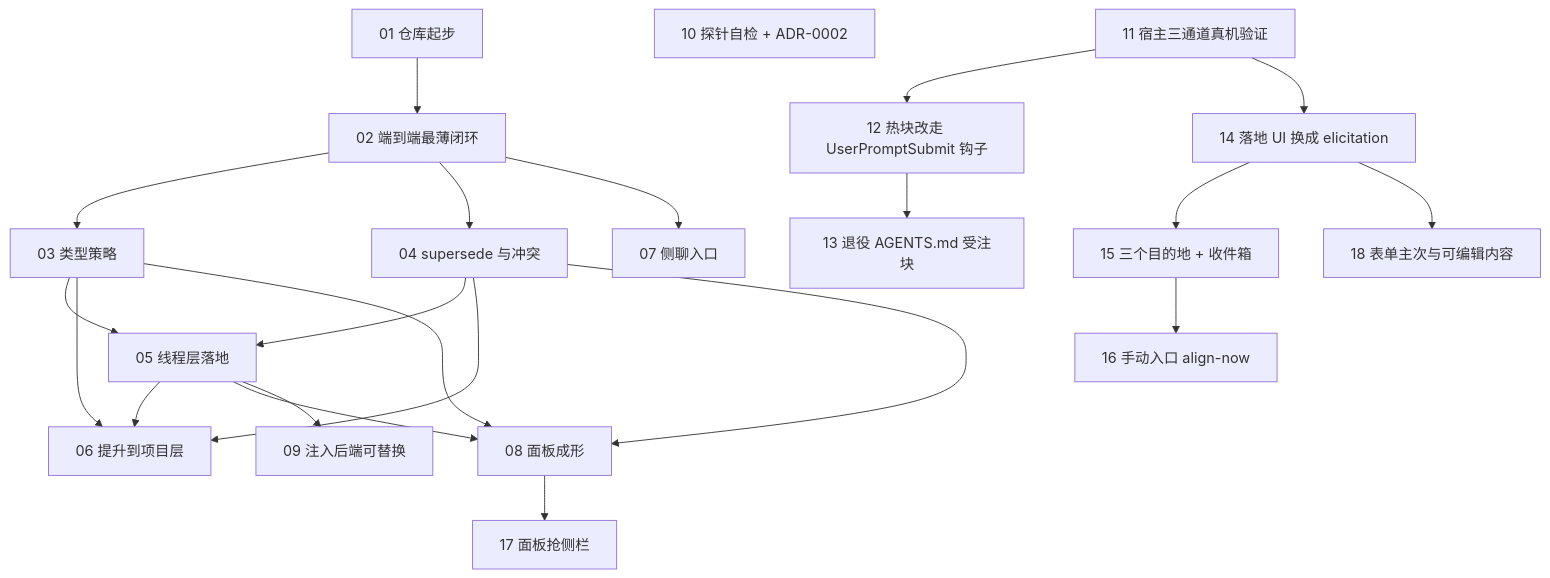
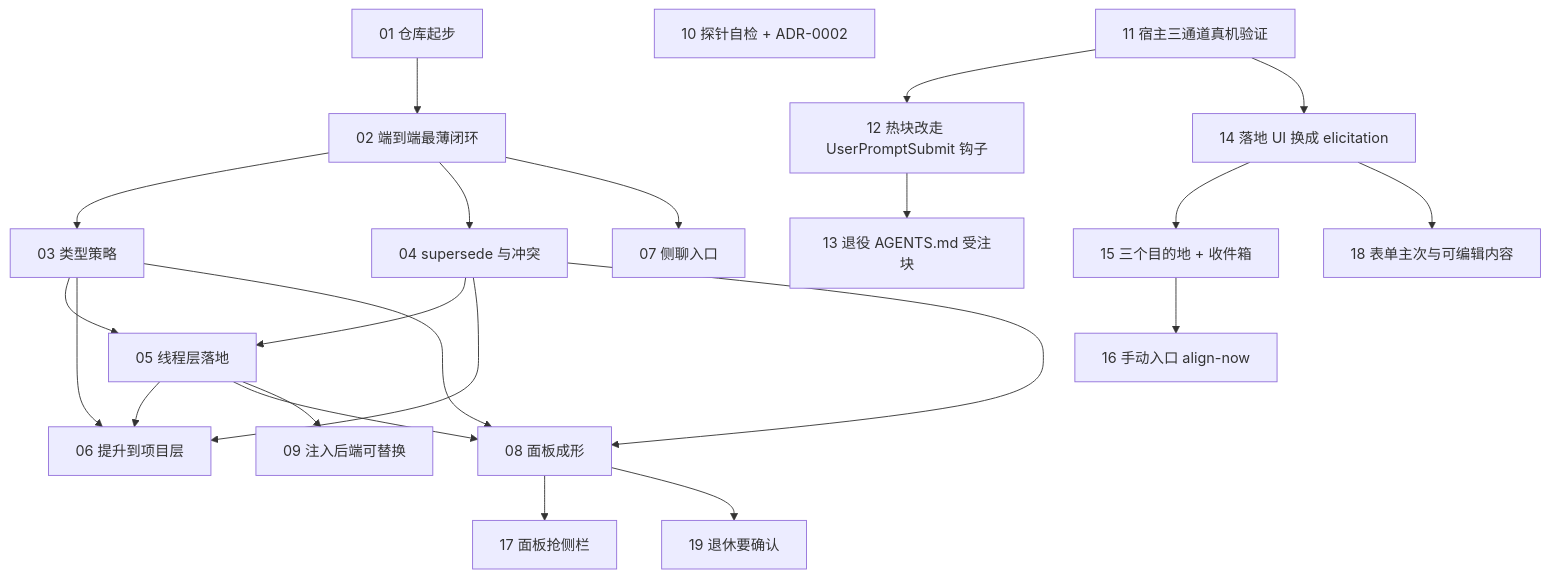
The diagram in .scratch/align/graph.md (PageIV/align), drawn with Mermaid before and after one commit. The commit also changed other lines of this file and 11 other files, not shown here.

````diff
--- a/.scratch/align/graph.md
+++ b/.scratch/align/graph.md
@@ -7,42 +7,44 @@
 ```mermaid
 flowchart TD
   t01["01 仓库起步"]
   t02["02 端到端最薄闭环"]
   t03["03 类型策略"]
   t04["04 supersede 与冲突"]
   t05["05 线程层落地"]
   t06["06 提升到项目层"]
   t07["07 侧聊入口"]
   t08["08 面板成形"]
   t09["09 注入后端可替换"]
   t10["10 探针自检 + ADR-0002"]
   t11["11 宿主三通道真机验证"]
   t12["12 热块改走 UserPromptSubmit 钩子"]
   t13["13 退役 AGENTS.md 受注块"]
   t14["14 落地 UI 换成 elicitation"]
   t15["15 三个目的地 + 收件箱"]
   t16["16 手动入口 align-now"]
   t17["17 面板抢侧栏"]
   t18["18 表单主次与可编辑内容"]
+  t19["19 退休要确认"]
 
   t01 --> t02
   t02 --> t03
   t02 --> t04
   t02 --> t07
   t03 --> t05
   t04 --> t05
   t03 --> t06
   t04 --> t06
   t05 --> t06
   t03 --> t08
   t04 --> t08
   t05 --> t08
   t05 --> t09
   t11 --> t12
   t12 --> t13
   t11 --> t14
   t14 --> t15
   t15 --> t16
   t08 --> t17
   t14 --> t18
+  t08 --> t19
 ```
````
